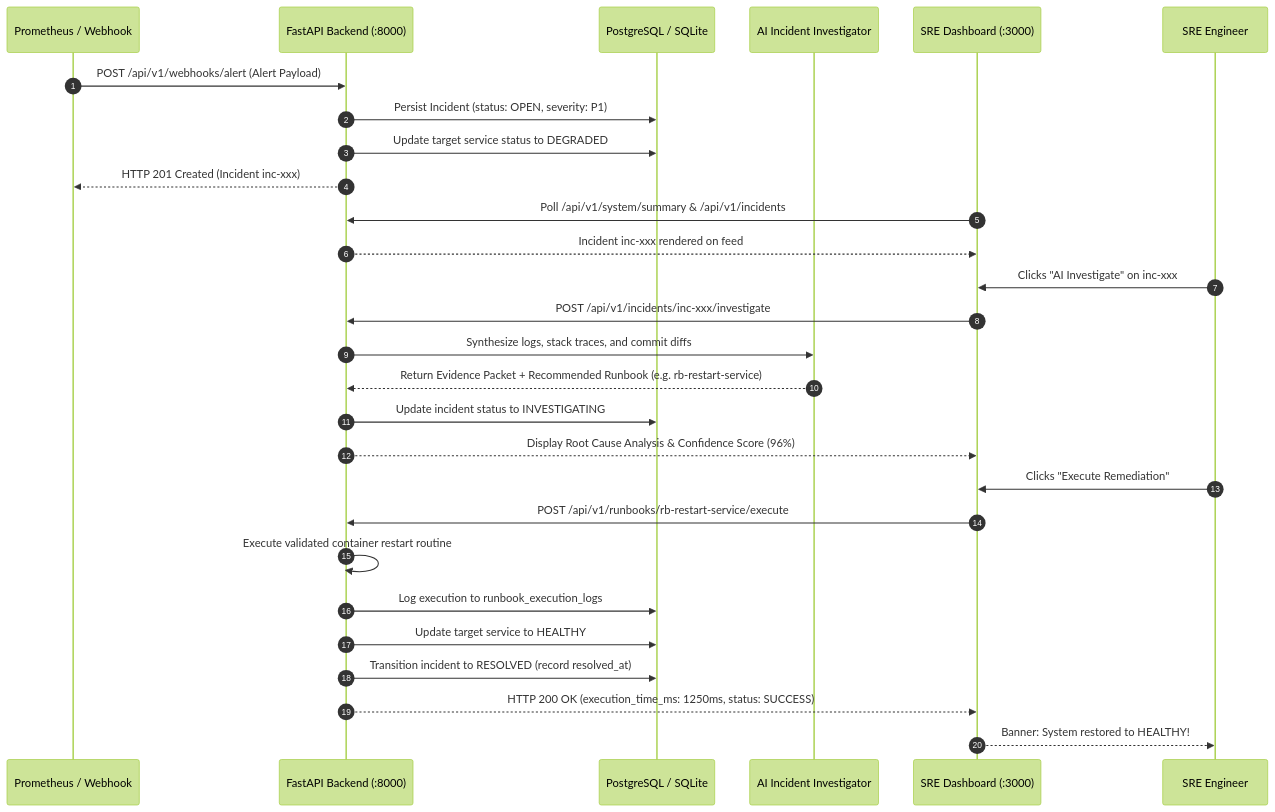
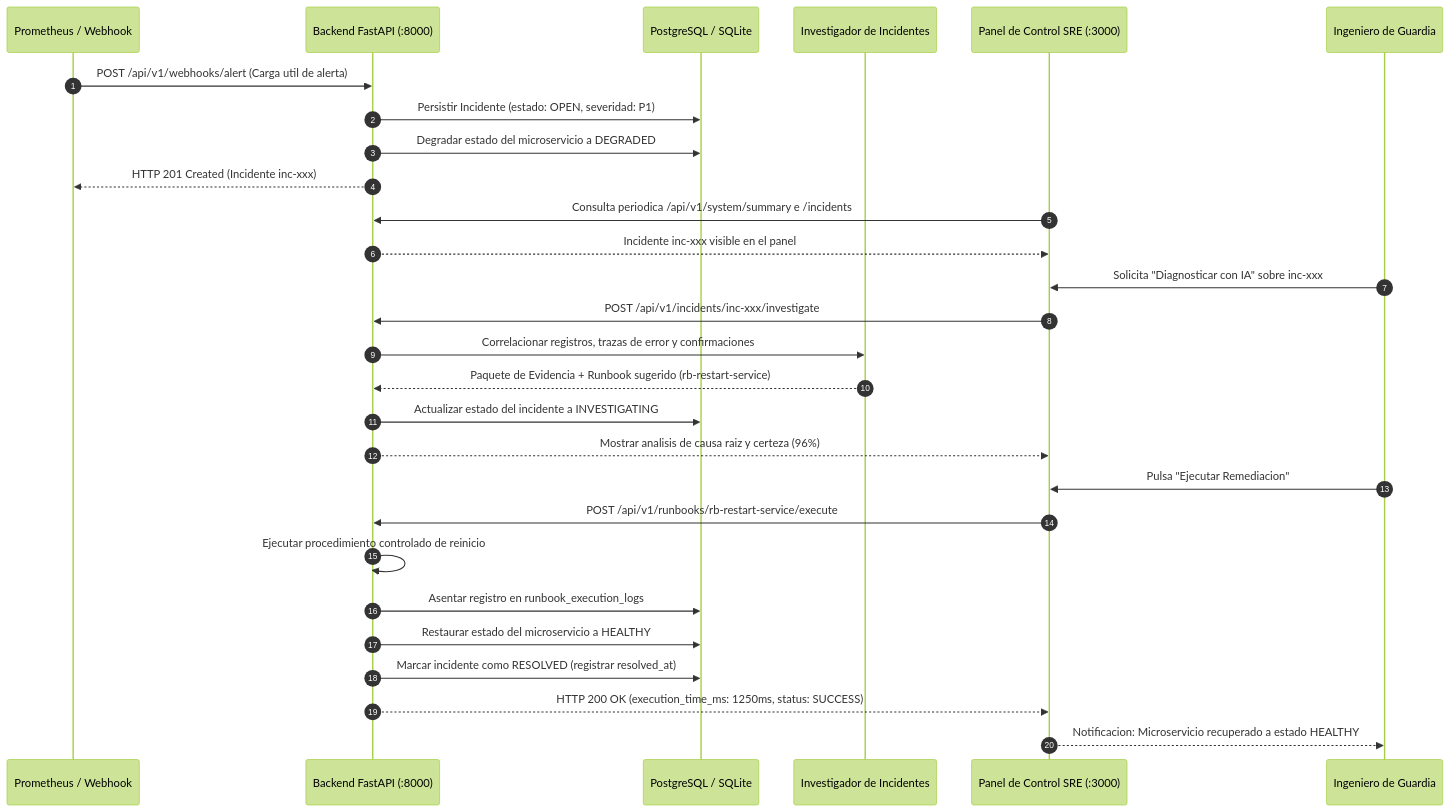
The second of 2 diagrams in docs/architecture.md (NativelogXD/proyecto-1-zoomcamp-ai-dev), drawn with Mermaid (forest theme) before and after one commit. The commit also changed other lines of this file and 24 other files, not shown here.

````diff
--- a/docs/architecture.md
+++ b/docs/architecture.md
@@ -59,34 +59,34 @@
 ```mermaid
 sequenceDiagram
     autonumber
-    participant AlertSource as Prometheus / Webhook
-    participant Backend as FastAPI Backend (:8000)
-    participant DB as PostgreSQL / SQLite
-    participant AI as AI Incident Investigator
-    participant UI as SRE Dashboard (:3000)
-    participant Operator as SRE Engineer
+    participant FuenteAlerta as Prometheus / Webhook
+    participant Backend as Backend FastAPI (:8000)
+    participant BD as PostgreSQL / SQLite
+    participant IA as Investigador de Incidentes
+    participant Interfaz as Panel de Control SRE (:3000)
+    participant Operador as Ingeniero de Guardia
 
-    AlertSource->>Backend: POST /api/v1/webhooks/alert (Alert Payload)
-    Backend->>DB: Persist Incident (status: OPEN, severity: P1)
-    Backend->>DB: Update target service status to DEGRADED
-    Backend-->>AlertSource: HTTP 201 Created (Incident inc-xxx)
+    FuenteAlerta->>Backend: POST /api/v1/webhooks/alert (Carga util de alerta)
+    Backend->>BD: Persistir Incidente (estado: OPEN, severidad: P1)
+    Backend->>BD: Degradar estado del microservicio a DEGRADED
+    Backend-->>FuenteAlerta: HTTP 201 Created (Incidente inc-xxx)
 
-    UI->>Backend: Poll /api/v1/system/summary & /api/v1/incidents
-    Backend-->>UI: Incident inc-xxx rendered on feed
+    Interfaz->>Backend: Consulta periodica /api/v1/system/summary e /incidents
+    Backend-->>Interfaz: Incidente inc-xxx visible en el panel
 
-    Operator->>UI: Clicks "AI Investigate" on inc-xxx
-    UI->>Backend: POST /api/v1/incidents/inc-xxx/investigate
-    Backend->>AI: Synthesize logs, stack traces, and commit diffs
-    AI-->>Backend: Return Evidence Packet + Recommended Runbook (e.g. rb-restart-service)
-    Backend->>DB: Update incident status to INVESTIGATING
-    Backend-->>UI: Display Root Cause Analysis & Confidence Score (96%)
+    Operador->>Interfaz: Solicita "Diagnosticar con IA" sobre inc-xxx
+    Interfaz->>Backend: POST /api/v1/incidents/inc-xxx/investigate
+    Backend->>IA: Correlacionar registros, trazas de error y confirmaciones
+    IA-->>Backend: Paquete de Evidencia + Runbook sugerido (rb-restart-service)
+    Backend->>BD: Actualizar estado del incidente a INVESTIGATING
+    Backend-->>Interfaz: Mostrar analisis de causa raiz y certeza (96%)
 
-    Operator->>UI: Clicks "Execute Remediation"
-    UI->>Backend: POST /api/v1/runbooks/rb-restart-service/execute
-    Backend->>Backend: Execute validated container restart routine
-    Backend->>DB: Log execution to runbook_execution_logs
-    Backend->>DB: Update target service to HEALTHY
-    Backend->>DB: Transition incident to RESOLVED (record resolved_at)
-    Backend-->>UI: HTTP 200 OK (execution_time_ms: 1250ms, status: SUCCESS)
-    UI-->>Operator: Banner: System restored to HEALTHY!
+    Operador->>Interfaz: Pulsa "Ejecutar Remediacion"
+    Interfaz->>Backend: POST /api/v1/runbooks/rb-restart-service/execute
+    Backend->>Backend: Ejecutar procedimiento controlado de reinicio
+    Backend->>BD: Asentar registro en runbook_execution_logs
+    Backend->>BD: Restaurar estado del microservicio a HEALTHY
+    Backend->>BD: Marcar incidente como RESOLVED (registrar resolved_at)
+    Backend-->>Interfaz: HTTP 200 OK (execution_time_ms: 1250ms, status: SUCCESS)
+    Interfaz-->>Operador: Notificacion: Microservicio recuperado a estado HEALTHY
 ```
````
